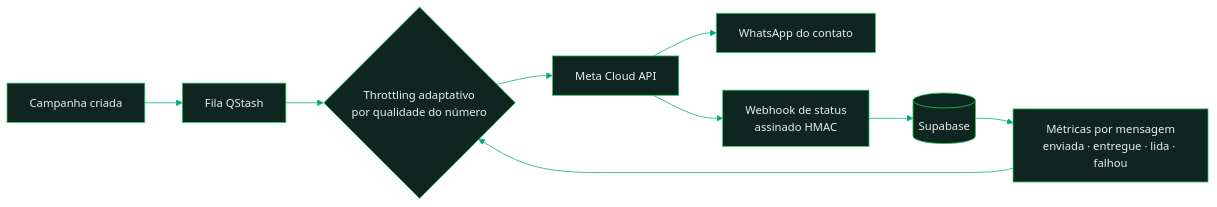
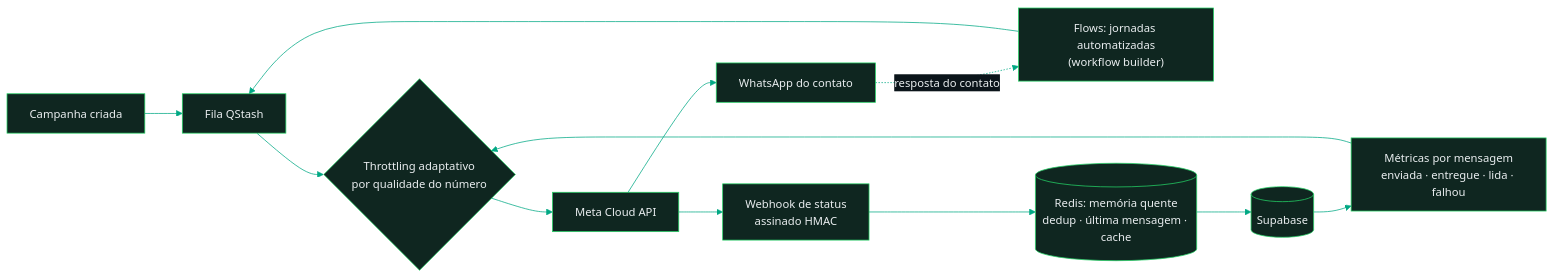
One commit to luizxhgomes/whatsflow-engine changed the second of 3 diagrams in docs/architecture/TOPOLOGIA.md. Above: the diagram before and after it, drawn with Mermaid. The commit also changed other lines of this file and 1 other file, not shown here.

First line of the commit message:
docs(arquitetura): Redis (memória quente) e Flows (jornadas automatizadas) no mapa do disparo

````diff
--- a/docs/architecture/TOPOLOGIA.md
+++ b/docs/architecture/TOPOLOGIA.md
@@ -77,16 +77,19 @@
 ```mermaid
 %%{init: {'theme':'base','themeVariables':{
   'background':'#0B141A','primaryColor':'#0F2620','primaryTextColor':'#E9EDEF',
   'primaryBorderColor':'#25D366','lineColor':'#00A884','secondaryColor':'#075E54',
   'tertiaryColor':'#111B21','fontSize':'15px','edgeLabelBackground':'#0B141A',
   'clusterBkg':'#111B21','clusterBorder':'#128C7E'}}}%%
 flowchart LR
     A[Campanha criada] --> B[Fila QStash]
+    W["Flows: jornadas automatizadas<br/>(workflow builder)"] --> B
     B --> C{"Throttling adaptativo<br/>por qualidade do número"}
     C --> D[Meta Cloud API]
     D --> E[WhatsApp do contato]
     D --> F["Webhook de status<br/>assinado HMAC"]
-    F --> G[(Supabase)]
+    F --> R[("Redis: memória quente<br/>dedup · última mensagem · cache")]
+    R --> G[(Supabase)]
     G --> H["Métricas por mensagem<br/>enviada · entregue · lida · falhou"]
+    E -.->|resposta do contato| W
     H --> C
 ```
````
